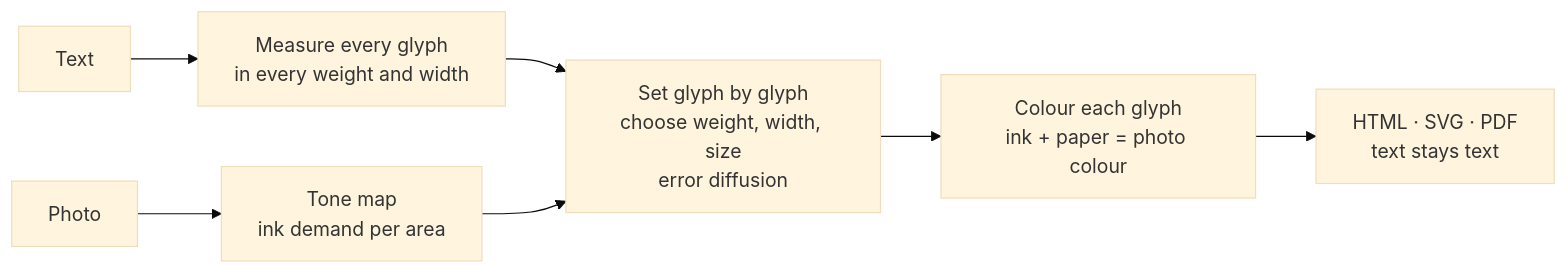
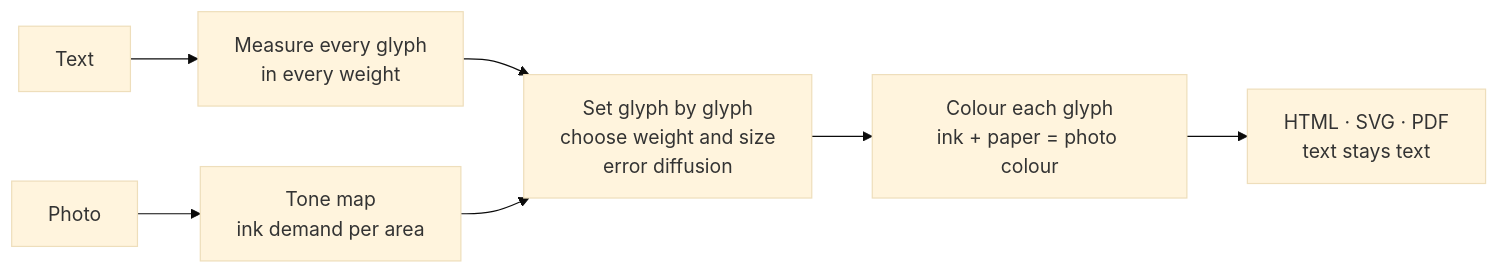
The diagram in README.md (typographics-art/typogram), drawn with Mermaid (base theme) before and after one commit. The commit also changed other lines of this file and 1 other file, not shown here.

````diff
--- a/README.md
+++ b/README.md
@@ -123,9 +125,9 @@
 ```mermaid
 flowchart LR
-  T[Text] --> M[Measure every glyph<br>in every weight and width]
+  T[Text] --> M[Measure every glyph<br>in every weight]
   P[Photo] --> D[Tone map<br>ink demand per area]
-  M --> S[Set glyph by glyph<br>choose weight, width, size<br>error diffusion]
+  M --> S[Set glyph by glyph<br>choose weight and size<br>error diffusion]
   D --> S
   S --> C[Colour each glyph<br>ink + paper = photo colour]
   C --> O[HTML · SVG · PDF<br>text stays text]
 ```
````
